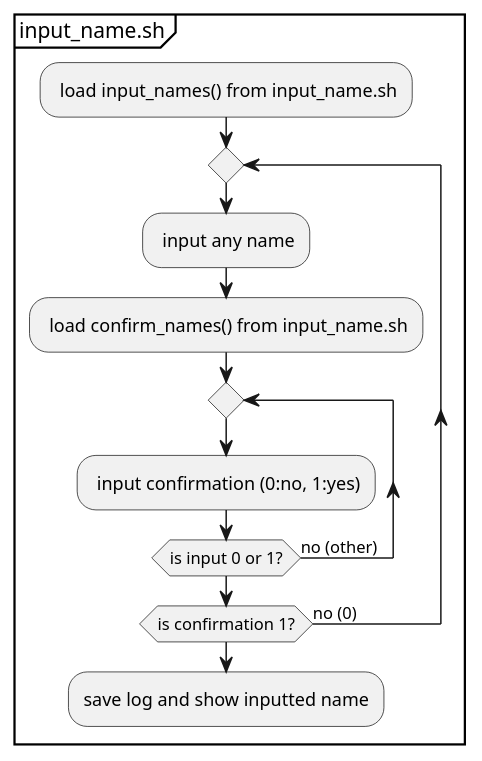
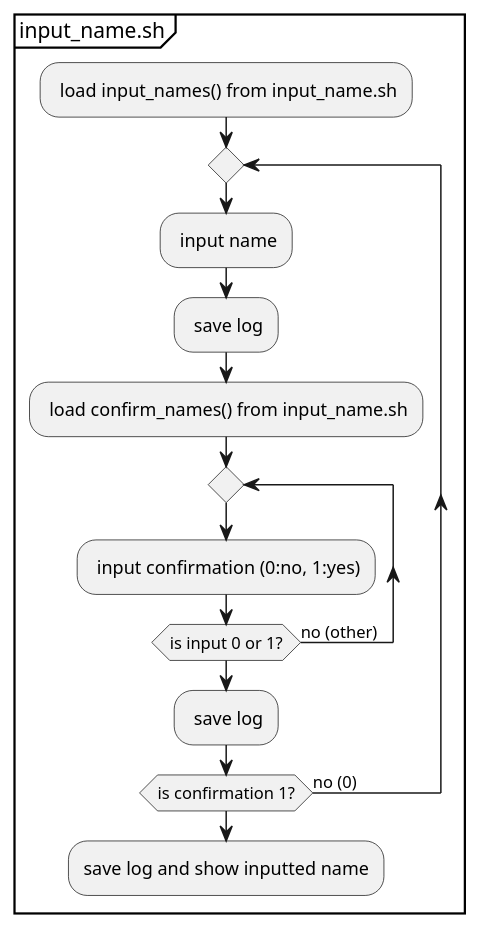
The diagram in docs/main-script-flow_activity/input-name_process.puml (Jumacde/shellscript_loadname), drawn with PlantUML before and after one commit. The commit also changed 4 other files, not shown here.

Commit message:
edit diagrams

```diff
--- a/docs/main-script-flow_activity/input-name_process.puml
+++ b/docs/main-script-flow_activity/input-name_process.puml
@@ -1,11 +1,13 @@
 partition input_name.sh {
 	: load input_names() from input_name.sh;
 	repeat	
-		: input any name;
+		: input name;
+		: save log;
 		: load confirm_names() from input_name.sh;
 		repeat
 			: input confirmation (0:no, 1:yes);
 		repeat while (is input 0 or 1?) is (no (other))
+		: save log;
 	repeat while (is confirmation 1?) is (no (0))
 	:save log and show inputted name;
 }
```
